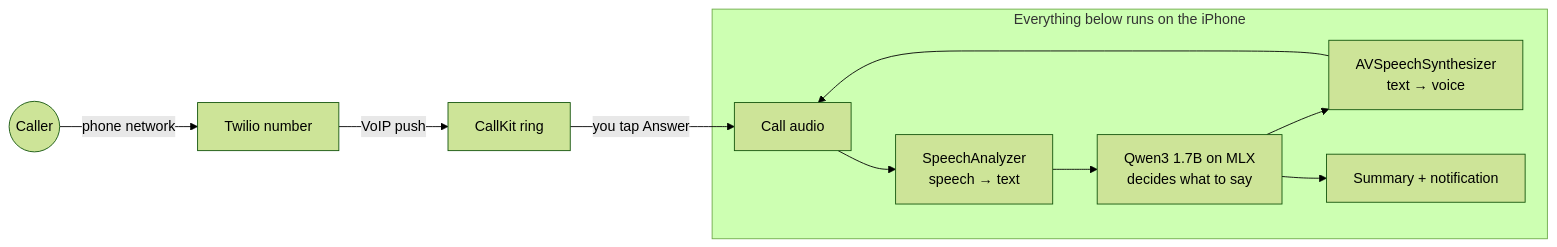
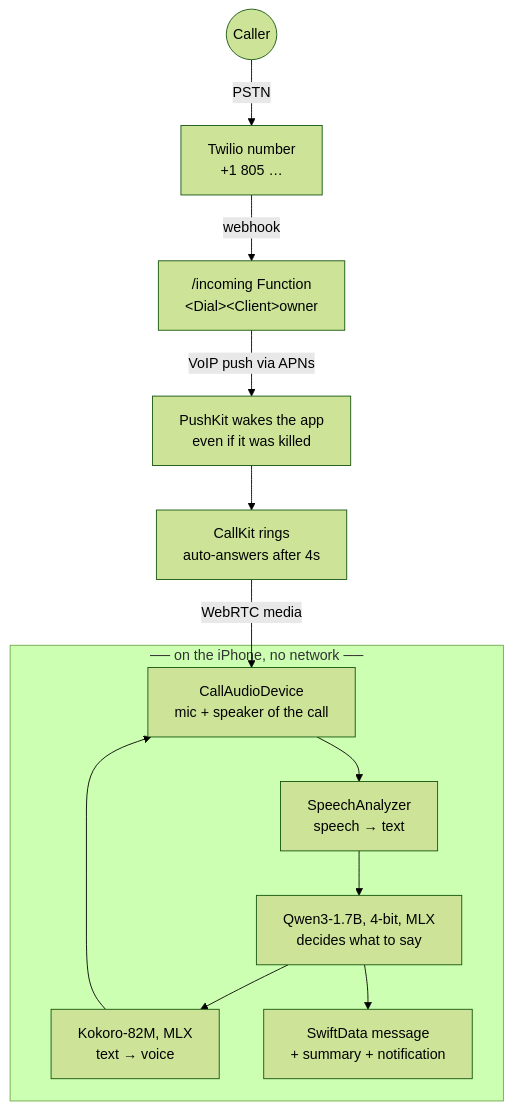
Before and after one commit to techadnank9/Assistant: the diagram in README.md, drawn with Mermaid (forest theme). The commit also changed other lines of this file and 1 other file, not shown here.

First line of the commit message:
README: a real architecture section

````diff
--- a/README.md
+++ b/README.md
@@ -55,13 +58,15 @@
 ```mermaid
-flowchart LR
-    Caller((Caller)) -->|phone network| Twilio[Twilio number]
-    Twilio -->|VoIP push| CallKit[CallKit ring]
-    CallKit -->|you tap Answer| Audio[Call audio]
-    subgraph iPhone [Everything below runs on the iPhone]
-        Audio --> STT[SpeechAnalyzer<br/>speech → text]
-        STT --> LLM[Qwen3 1.7B on MLX<br/>decides what to say]
-        LLM --> TTS[AVSpeechSynthesizer<br/>text → voice]
+flowchart TB
+    Caller((Caller)) -->|"PSTN"| Twilio[Twilio number<br/>+1 805 …]
+    Twilio -->|"webhook"| Fn["/incoming Function<br/>&lt;Dial&gt;&lt;Client&gt;owner"]
+    Fn -->|"VoIP push via APNs"| Push[PushKit wakes the app<br/>even if it was killed]
+    Push --> CK[CallKit rings<br/>auto-answers after 4s]
+    CK -->|"WebRTC media"| Audio[CallAudioDevice<br/>mic + speaker of the call]
+    subgraph iPhone ["── on the iPhone, no network ──"]
+        Audio --> STT["SpeechAnalyzer<br/>speech → text"]
+        STT --> LLM["Qwen3-1.7B, 4-bit, MLX<br/>decides what to say"]
+        LLM --> TTS["Kokoro-82M, MLX<br/>text → voice"]
         TTS --> Audio
-        LLM --> Summary[Summary + notification]
+        LLM --> Save["SwiftData message<br/>+ summary + notification"]
     end
 ```
````
